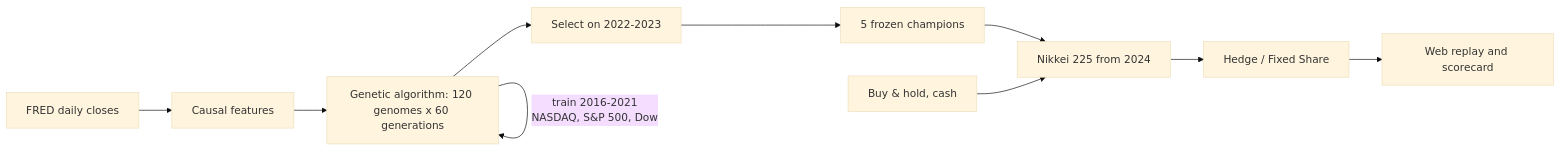
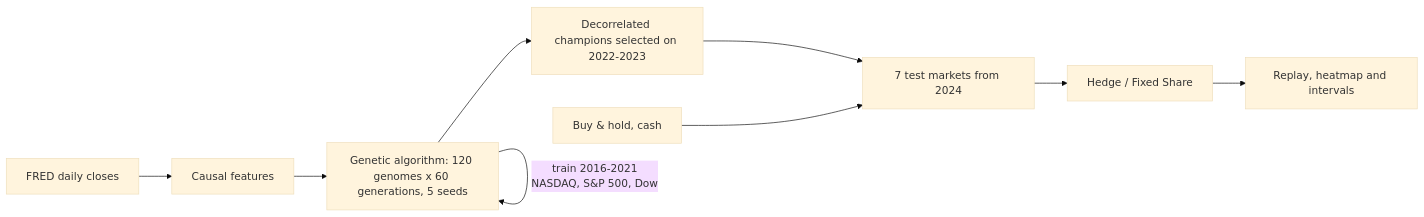
Before and after one commit to suprkco/Trading-strategies-analysis-regret-minimization: the diagram in README.md, drawn with Mermaid (base theme). The commit also changed other lines of this file and 18 other files, not shown here.

First line of the commit message:
feat: harden the genetic lab and test it on seven declared markets over five seeds

````diff
--- a/README.md
+++ b/README.md
@@ -43,12 +50,11 @@
 ```mermaid
 flowchart LR
     F[FRED daily closes] --> X[Causal features]
-    X --> E[Genetic algorithm: 120 genomes x 60 generations]
+    X --> E[Genetic algorithm: 120 genomes x 60 generations, 5 seeds]
     E -->|train 2016-2021<br>NASDAQ, S&P 500, Dow| E
-    E --> V[Select on 2022-2023]
-    V --> C[5 frozen champions]
-    C --> T[Nikkei 225 from 2024]
+    E --> V[Decorrelated champions selected on 2022-2023]
+    V --> T[7 test markets from 2024]
     B[Buy & hold, cash] --> T
     T --> H[Hedge / Fixed Share]
-    H --> W[Web replay and scorecard]
+    H --> W[Replay, heatmap and intervals]
 ```
````
